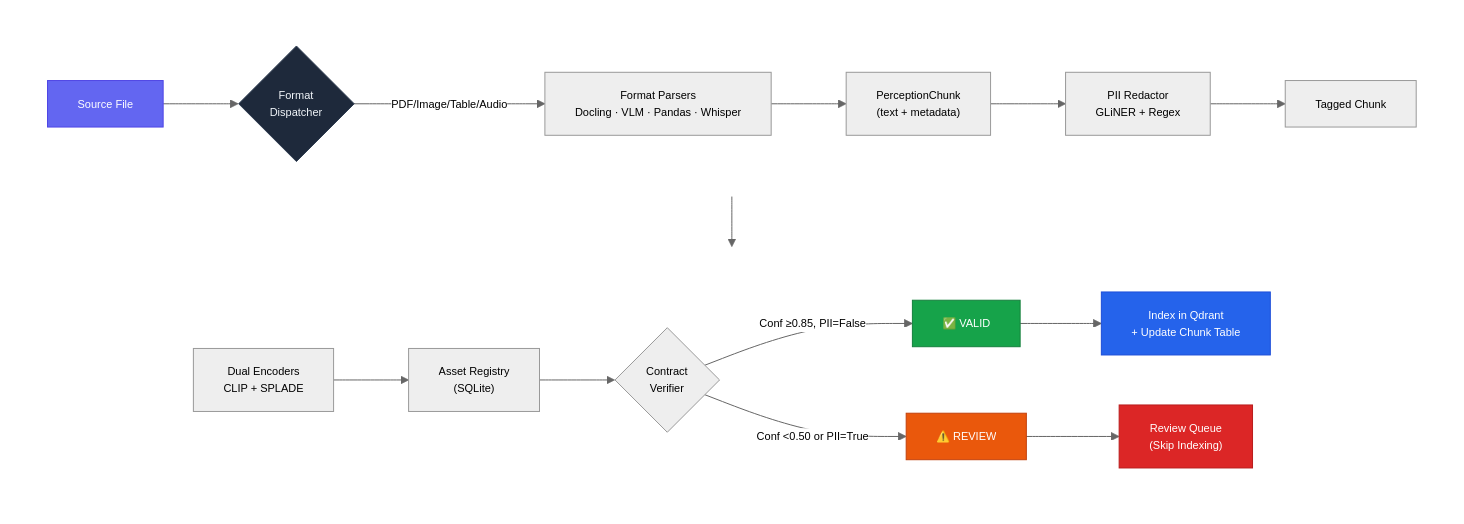
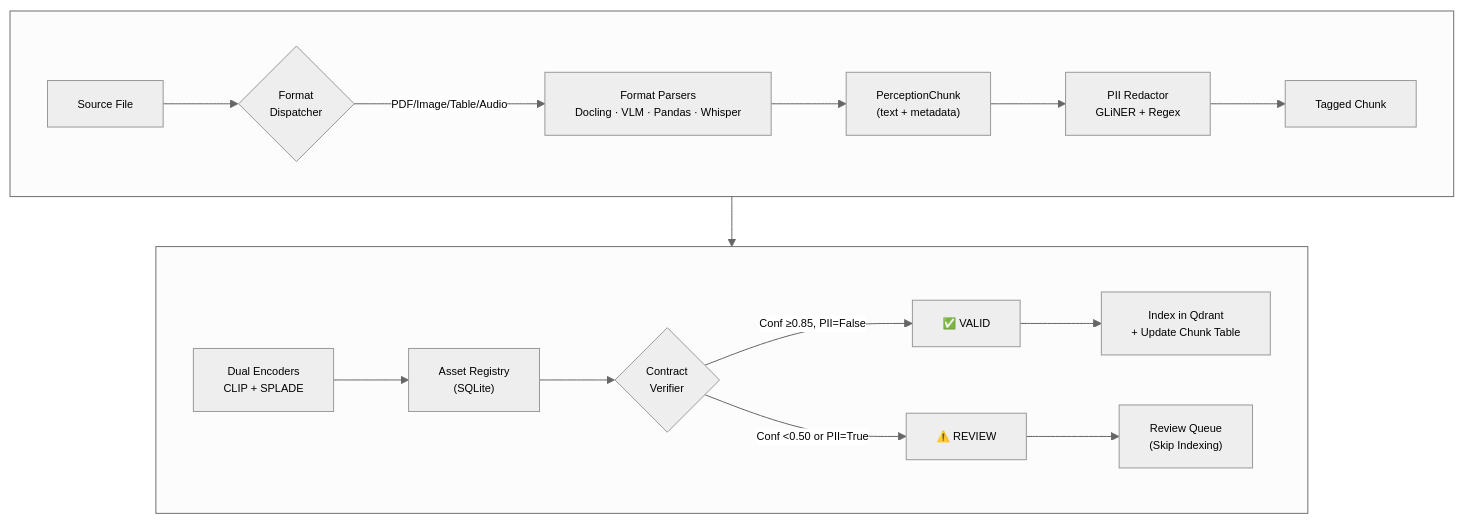
The fifth of 5 diagrams in workflow/pipeline_flow.md (the-write-path-code/ch06-multimodal-perception), drawn with Mermaid before and after one commit.

Commit message:
Remove style definitions from pipeline flow
Removed style definitions for various elements in the pipeline flow.

````diff
--- a/workflow/pipeline_flow.md
+++ b/workflow/pipeline_flow.md
@@ -209,34 +209,25 @@
 ```mermaid
 %%{init: {"theme": "neutral", "themeVariables": {"fontFamily": "Arial, Helvetica, sans-serif", "fontSize": "11px", "actorFontSize": "11px", "noteFontSize": "10px", "messageFontSize": "10px"}}}%%
 graph TD
     subgraph P1[" "]
     direction LR
     A["Source File"] --> B{"Format<br/>Dispatcher"}
     B -->|PDF/Image/Table/Audio| C["Format Parsers<br/>Docling · VLM · Pandas · Whisper"]
     C --> D["PerceptionChunk<br/>(text + metadata)"]
     D --> E["PII Redactor<br/>GLiNER + Regex"]
     E --> F["Tagged Chunk"]
     end
 
     subgraph P2[" "]
     direction LR
     G["Dual Encoders<br/>CLIP + SPLADE"] --> H["Asset Registry<br/>(SQLite)"]
     H --> I{"Contract<br/>Verifier"}
     I -->|Conf ≥0.85, PII=False| J1["✅ VALID"]
     I -->|Conf <0.50 or PII=True| J2["⚠️ REVIEW"]
     J1 --> K["Index in Qdrant<br/>+ Update Chunk Table"]
     J2 --> M["Review Queue<br/>(Skip Indexing)"]
     end
 
     P1 --> P2
 
-    style A fill:#6366f1,color:#fff,stroke:#4f46e5
-    style B fill:#1e293b,color:#f1f5f9,stroke:#334155
-    style J1 fill:#16a34a,color:#fff,stroke:#15803d
-    style J2 fill:#ea580c,color:#fff,stroke:#c2410c
-    style K fill:#2563eb,color:#fff,stroke:#1d4ed8
-    style M fill:#dc2626,color:#fff,stroke:#b91c1c
-    style P1 fill:transparent,stroke:transparent
-    style P2 fill:transparent,stroke:transparent
-
 ```
````
